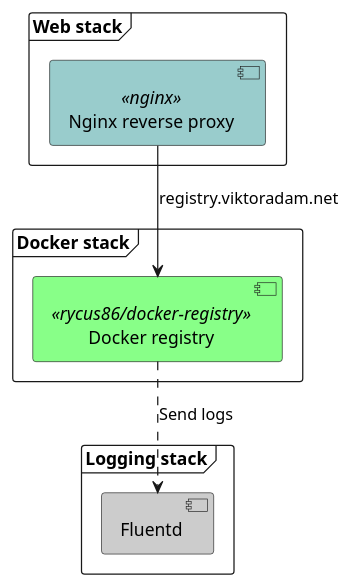
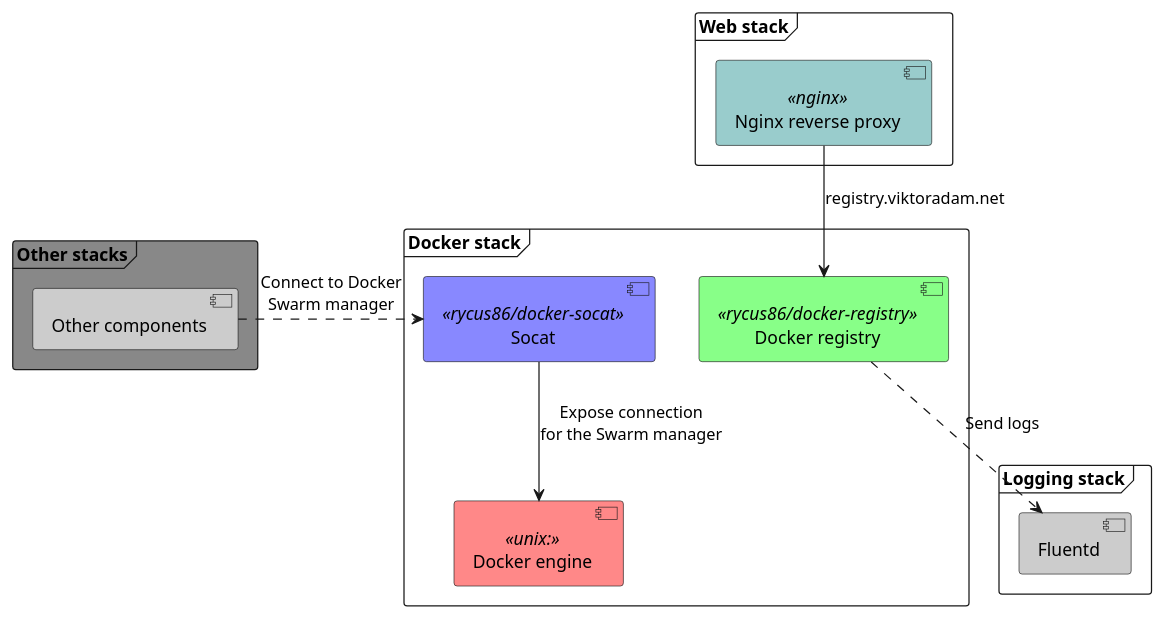
Before and after one commit to rycus86/home-stack-docker: the diagram in stack.puml, drawn with PlantUML. The commit also changed 3 other files, not shown here.

Commit message:
Socat for Swarm manager connections

```diff
--- a/stack.puml
+++ b/stack.puml
@@ -1,19 +1,29 @@
 @startuml
 
 frame "Docker stack" as stack {
     [Docker registry] << rycus86/docker-registry >> as registry #8f8
+    [Socat] << rycus86/docker-socat >> as socat #88f
+
+    [Docker engine] << unix: >> as engine #f88
 }
 
 frame "Web stack" as web_stack {
     [Nginx reverse proxy] << nginx >> as nginx #9cc
 }
 
 frame "Logging stack" {
     [Fluentd] #ccc
 }
 
+frame "Other stacks" #888 {
+    [Other components] as others #ccc
+}
+
 nginx --> registry : registry.viktoradam.net
 
 registry ..> [Fluentd] : Send logs
 
+socat --> engine : Expose connection\nfor the Swarm manager
+others .> socat : Connect to Docker\nSwarm manager
+
 @enduml
```
